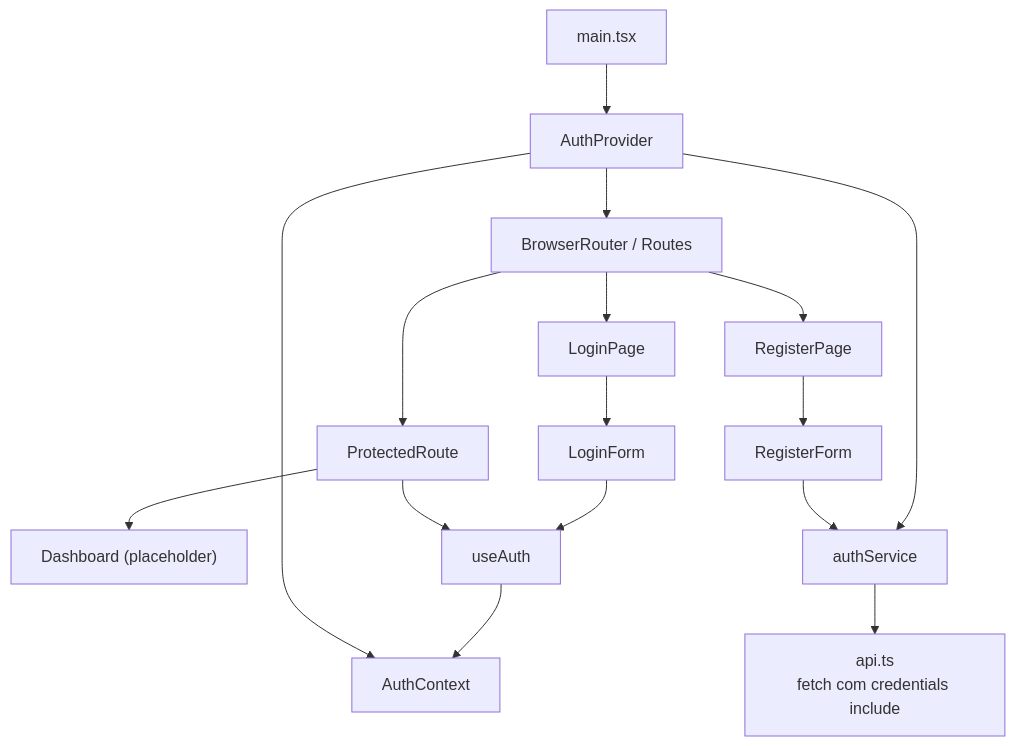
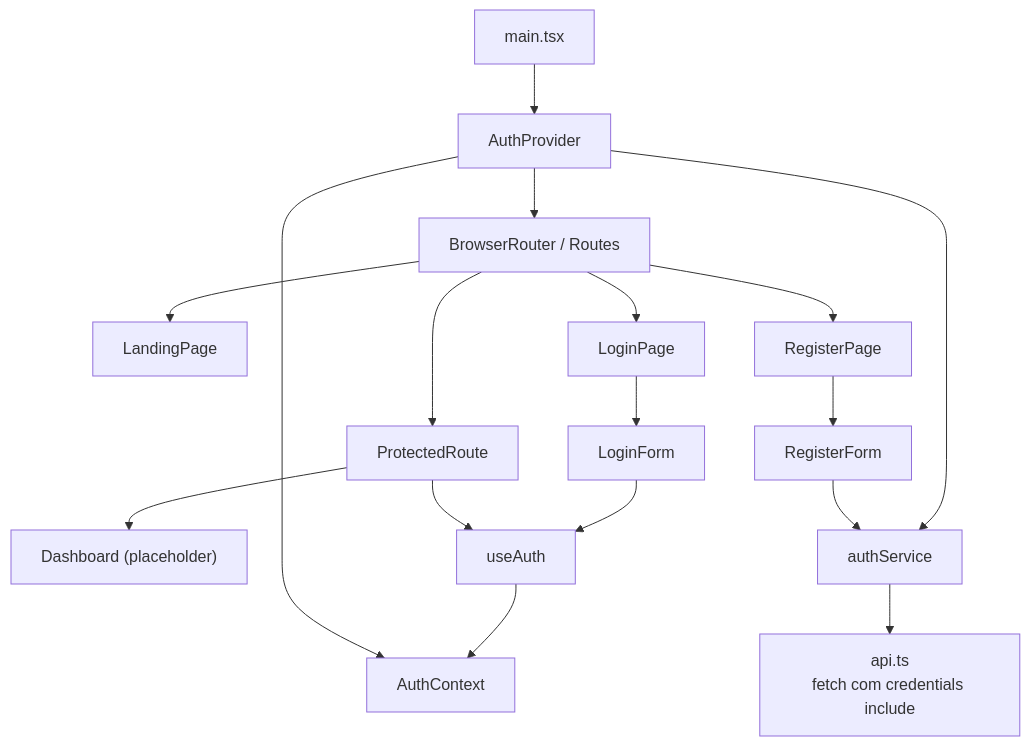
Before and after one commit to nomevini/opengrana: the diagram in docs/architecture/frontend-structure.md, drawn with Mermaid. The commit also changed other lines of this file and 4 other files, not shown here.

First line of the commit message:
feat(landing): adiciona landing page com globo ASCII na rota inicial

````diff
--- a/docs/architecture/frontend-structure.md
+++ b/docs/architecture/frontend-structure.md
@@ -5,17 +5,18 @@
 ```mermaid
 flowchart TB
     Main["main.tsx"] --> AP[AuthProvider]
     AP --> Router["BrowserRouter / Routes"]
+    Router --> LAND[LandingPage]
     Router --> LP[LoginPage] --> LF[LoginForm]
     Router --> RP[RegisterPage] --> RF[RegisterForm]
     Router --> PR[ProtectedRoute] --> DASH["Dashboard (placeholder)"]
 
     LF --> UA[useAuth]
     PR --> UA
     UA --> CTX[AuthContext]
     AP --> CTX
 
     AP --> AS[authService]
     RF --> AS
     AS --> API["api.ts<br/>fetch com credentials include"]
 ```
````
